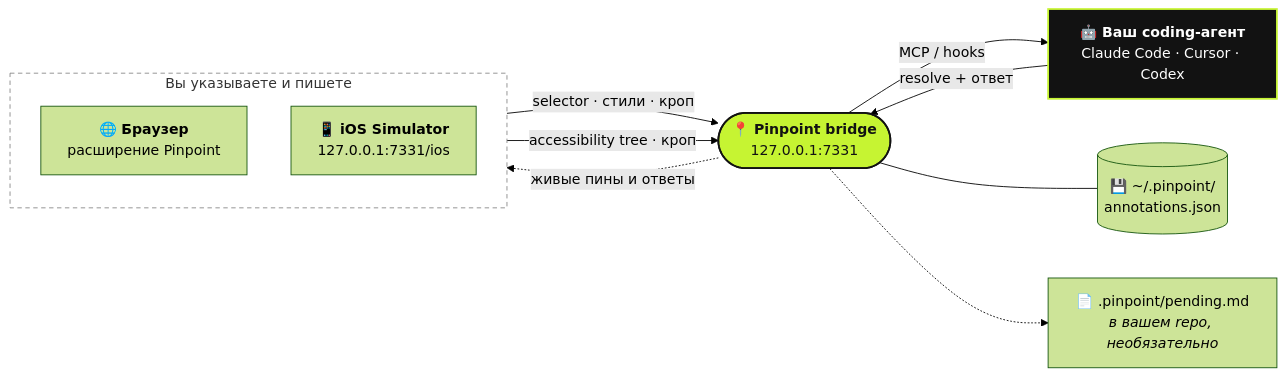
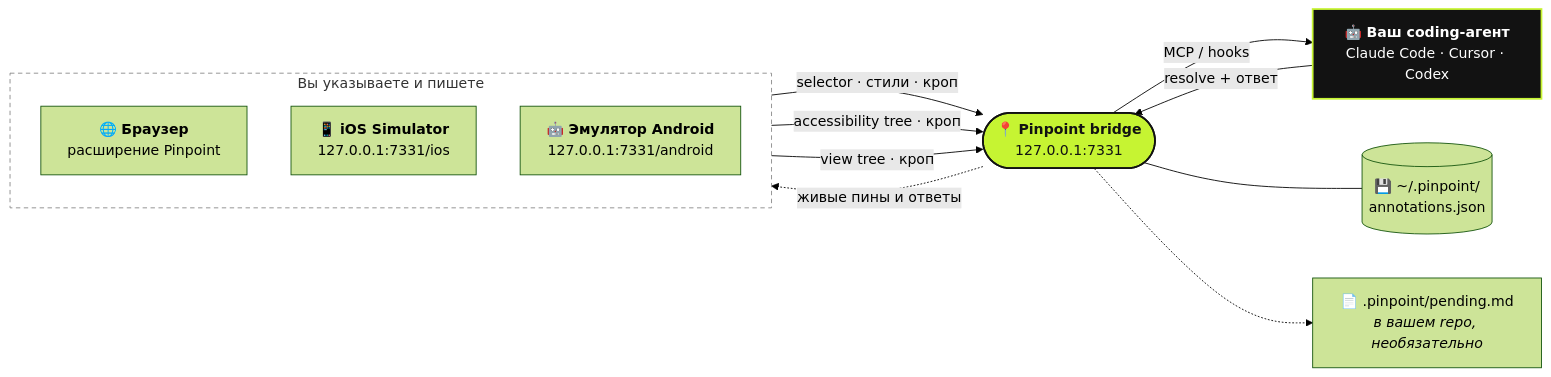
The diagram in docs/i18n/README.ru.md (gowtham012/PinPoint), drawn with Mermaid (forest theme) before and after one commit. The commit also changed other lines of this file and 16 other files, not shown here.

````diff
--- a/docs/i18n/README.ru.md
+++ b/docs/i18n/README.ru.md
@@ -49,26 +50,28 @@
 ```mermaid
 flowchart LR
   subgraph you [" Вы указываете и пишете "]
     direction TB
     B["🌐 <b>Браузер</b><br/>расширение Pinpoint"]
     S["📱 <b>iOS Simulator</b><br/>127.0.0.1:7331/ios"]
+    AN["🤖 <b>Эмулятор Android</b><br/>127.0.0.1:7331/android"]
   end
   BR(["📍 <b>Pinpoint bridge</b><br/>127.0.0.1:7331"])
   ST[("💾 ~/.pinpoint/<br/>annotations.json")]
   F["📄 .pinpoint/pending.md<br/><i>в вашем repo, необязательно</i>"]
   A["🤖 <b>Ваш coding-агент</b><br/>Claude Code · Cursor · Codex"]
 
   B -- "selector · стили · кроп" --> BR
   S -- "accessibility tree · кроп" --> BR
+  AN -- "view tree · кроп" --> BR
   BR -- "MCP / hooks" --> A
   A -- "resolve + ответ" --> BR
   BR -. "живые пины и ответы" .-> B
   BR --- ST
   BR -.-> F
 
   classDef bridge fill:#c6f432,stroke:#121212,stroke-width:2px,color:#121212
   classDef agent fill:#121212,stroke:#c6f432,stroke-width:2px,color:#ffffff
   class BR bridge
   class A agent
   style you fill:transparent,stroke:#888,stroke-dasharray:5 4
 ```
````
